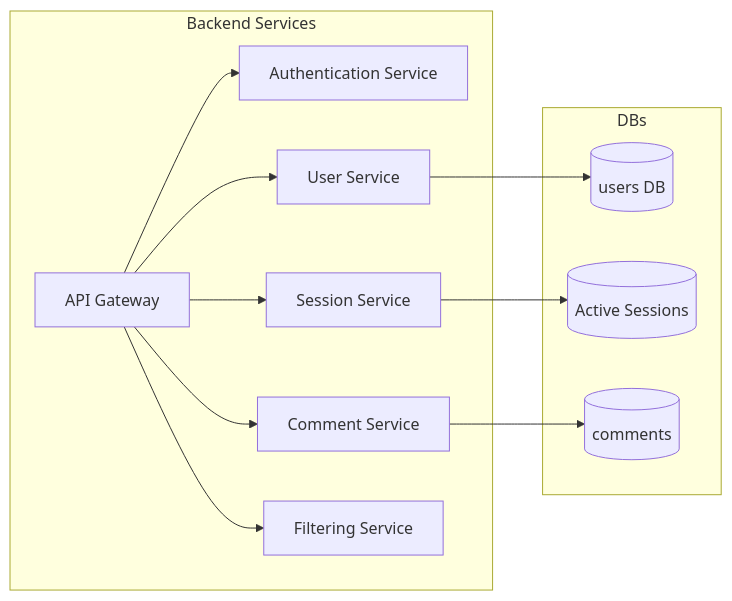
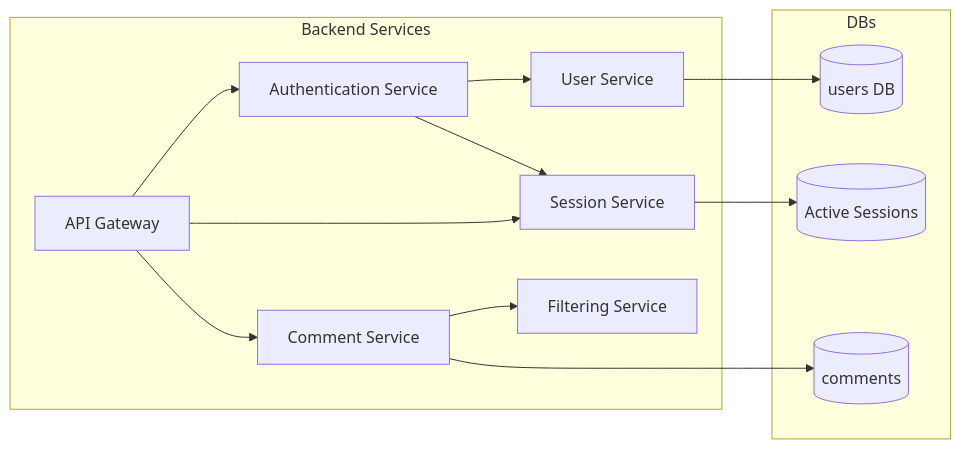
Before and after one commit to LKBotond/VoxPopuli: the third of 5 diagrams in Architecture.md, drawn with Mermaid. The commit also changed other lines of this file and 9 other files, not shown here.

Commit message:
updated readme.md to be more coherent. updated Architecture.md to be in line with the logic flow

````diff
--- a/Architecture.md
+++ b/Architecture.md
@@ -37,28 +39,29 @@
 ```mermaid
 flowchart LR
 
     subgraph Backend Services
         Gateway[API Gateway]
         Auth[Authentication Service]
         User[User Service]
         Session[Session Service]
         Comment[Comment Service]
         Filter[Filtering Service]
     end
 
     subgraph DBs
         userDB[(users DB)]
         session[(Active Sessions)]
         comment[(comments)]
     end
 
 Gateway-->Auth
-Gateway-->User
-Gateway-->Session
-Gateway-->Filter
+Auth-->User
+Auth-->Session
+Gateway -->Session
+Comment-->Filter
 Gateway-->Comment
 
 User-->userDB
 Session-->session
 Comment-->comment
 ```
````
